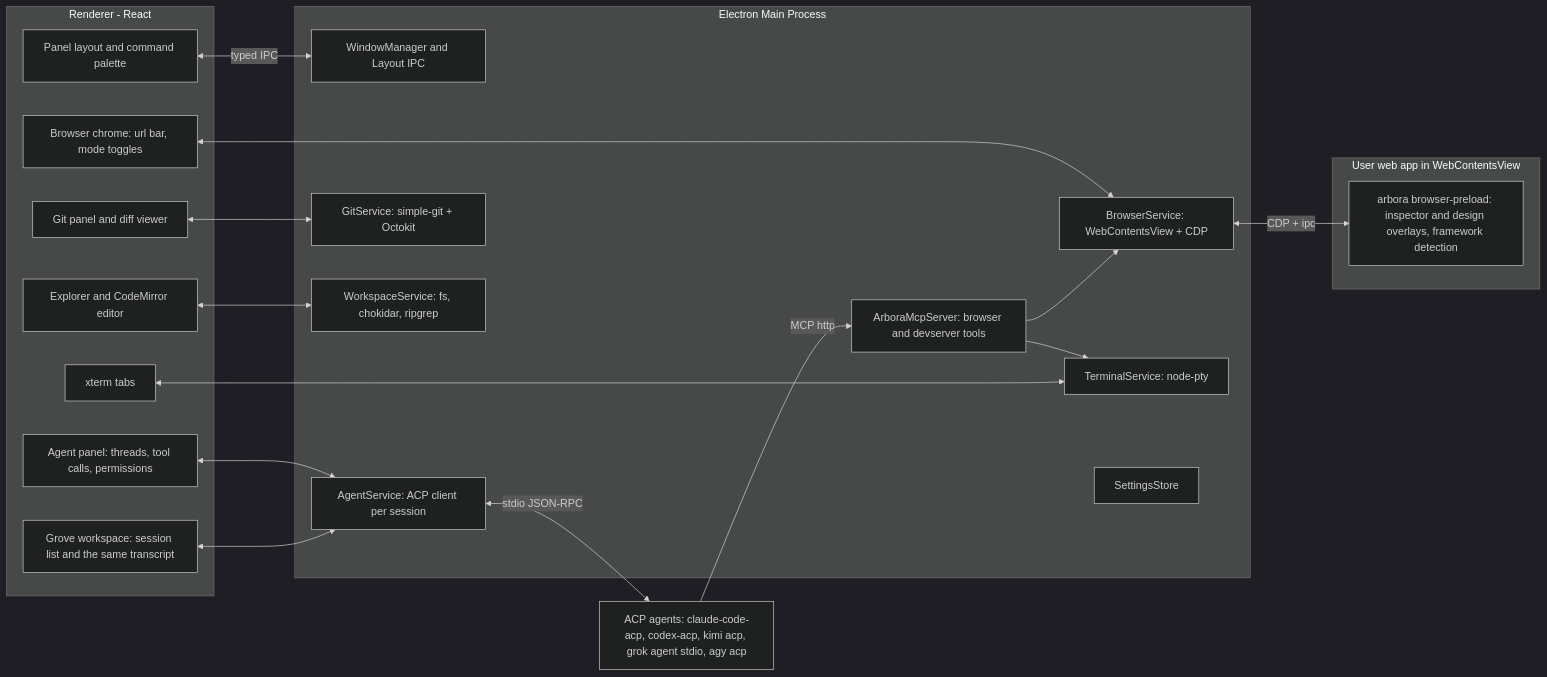
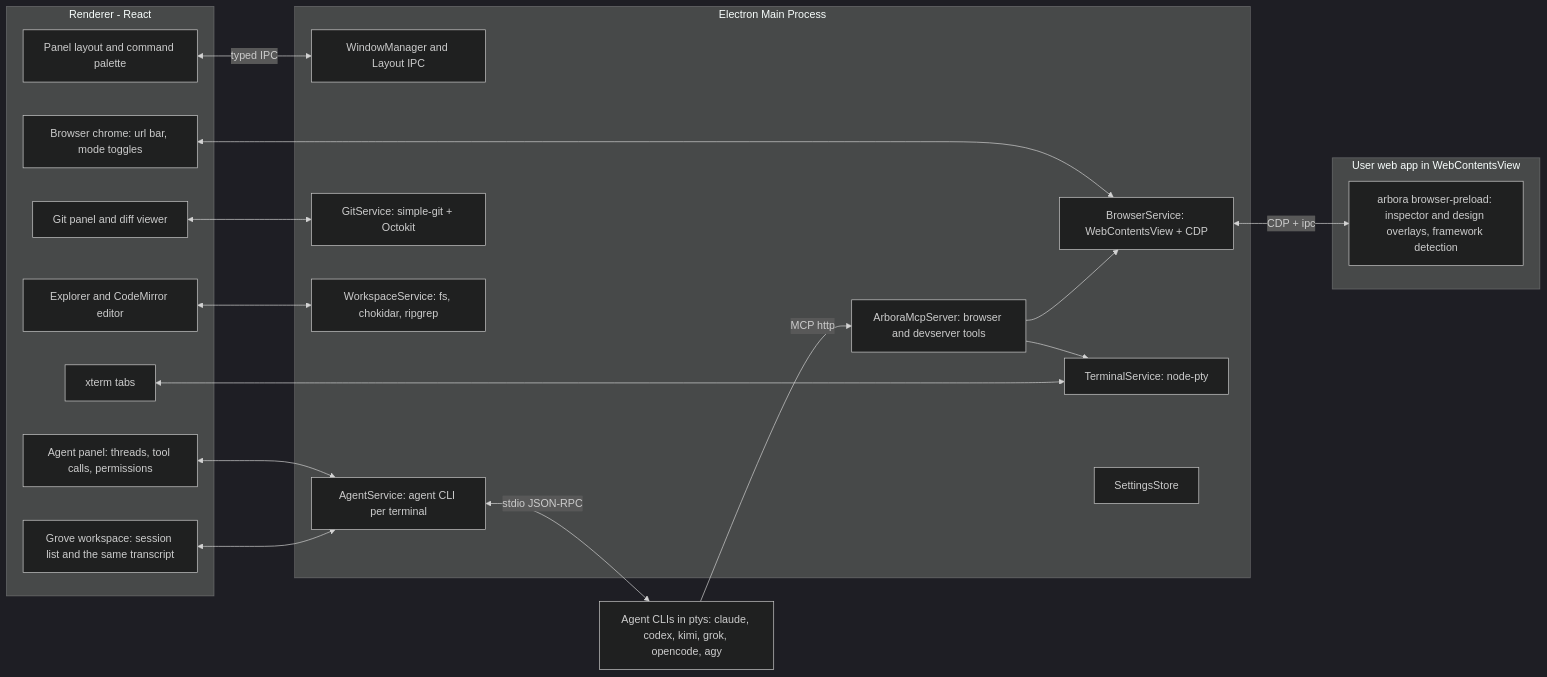
Before and after one commit to maplepreneur/arbora: the diagram in docs/PLAN.md, drawn with Mermaid (dark theme). The commit also changed other lines of this file and 135 other files, not shown here.

````diff
--- a/docs/PLAN.md
+++ b/docs/PLAN.md
@@ -97,38 +99,38 @@
 ```mermaid
 flowchart LR
   subgraph main [Electron Main Process]
     AppShell[WindowManager and Layout IPC]
     BrowserSvc[BrowserService: WebContentsView + CDP]
-    AgentSvc[AgentService: ACP client per session]
+    AgentSvc[AgentService: agent CLI per terminal]
     McpSrv[ArboraMcpServer: browser and devserver tools]
     PtySvc[TerminalService: node-pty]
     GitSvc[GitService: simple-git + Octokit]
     FsSvc[WorkspaceService: fs, chokidar, ripgrep]
     Settings[SettingsStore]
   end
   subgraph renderer [Renderer - React]
     Layout[Panel layout and command palette]
     BrowserUI[Browser chrome: url bar, mode toggles]
     AgentUI[Agent panel: threads, tool calls, permissions]
     GroveUI[Grove workspace: session list and the same transcript]
     TermUI[xterm tabs]
     GitUI[Git panel and diff viewer]
     FilesUI[Explorer and CodeMirror editor]
   end
   subgraph page [User web app in WebContentsView]
     Preload[arbora browser-preload: inspector and design overlays, framework detection]
   end
-  Agents[ACP agents: claude-code-acp, codex-acp, kimi acp, grok agent stdio, agy acp]
+  Agents[Agent CLIs in ptys: claude, codex, kimi, grok, opencode, agy]
   Layout <-->|typed IPC| AppShell
   BrowserUI <--> BrowserSvc
   BrowserSvc <-->|CDP + ipc| Preload
   AgentUI <--> AgentSvc
   GroveUI <--> AgentSvc
   AgentSvc <-->|stdio JSON-RPC| Agents
   Agents -->|MCP http| McpSrv
   McpSrv --> BrowserSvc
   McpSrv --> PtySvc
   TermUI <--> PtySvc
   GitUI <--> GitSvc
   FilesUI <--> FsSvc
 ```
````
